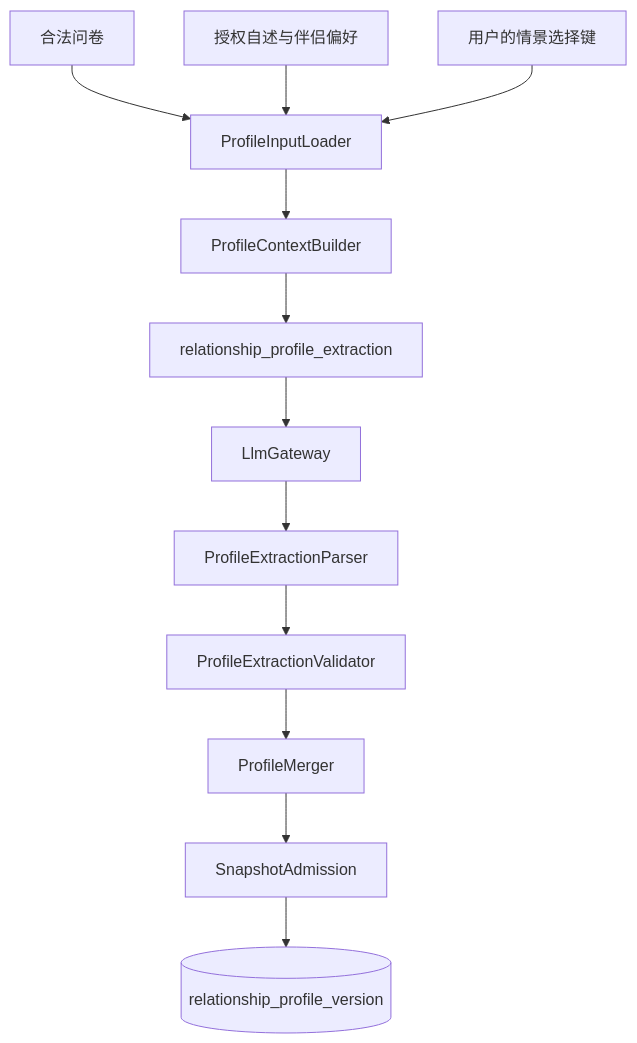
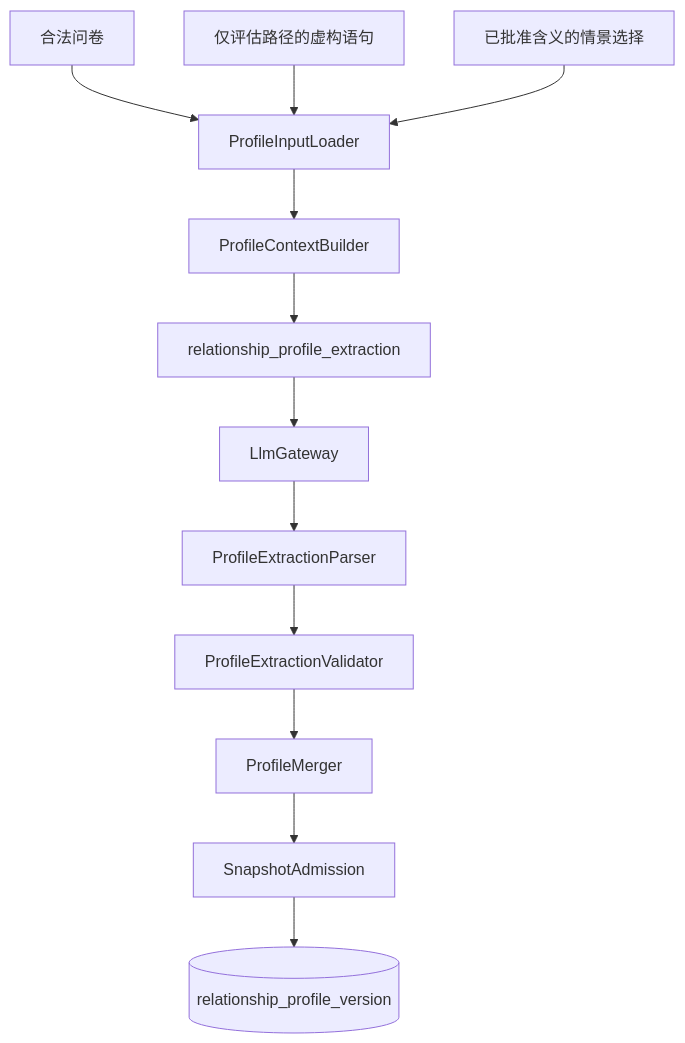
One commit to jiashuaidawang-web/tryditto-cn changed the diagram in docs/v4/V4-P02-design.md. Above: the diagram before and after it, drawn with Mermaid. The commit also changed other lines of this file and 26 other files, not shown here.

````diff
--- a/docs/v4/V4-P02-design.md
+++ b/docs/v4/V4-P02-design.md
@@ -9,22 +9,22 @@
 ```mermaid
 flowchart TD
   answers[合法问卷]
-  statements[授权自述与伴侣偏好]
-  scenario[用户的情景选择键]
+  statements[仅评估路径的虚构语句]
+  scenario[已批准含义的情景选择]
   loader[ProfileInputLoader]
   builder[ProfileContextBuilder]
   task[relationship_profile_extraction]
   gateway[LlmGateway]
   parser[ProfileExtractionParser]
   validator[ProfileExtractionValidator]
   merger[ProfileMerger]
   admit[SnapshotAdmission]
   table[(relationship_profile_version)]
   answers --> loader
   statements --> loader
   scenario --> loader
   loader --> builder
   builder --> task
   task --> gateway
   gateway --> parser --> validator --> merger --> admit --> table
 ```
````
